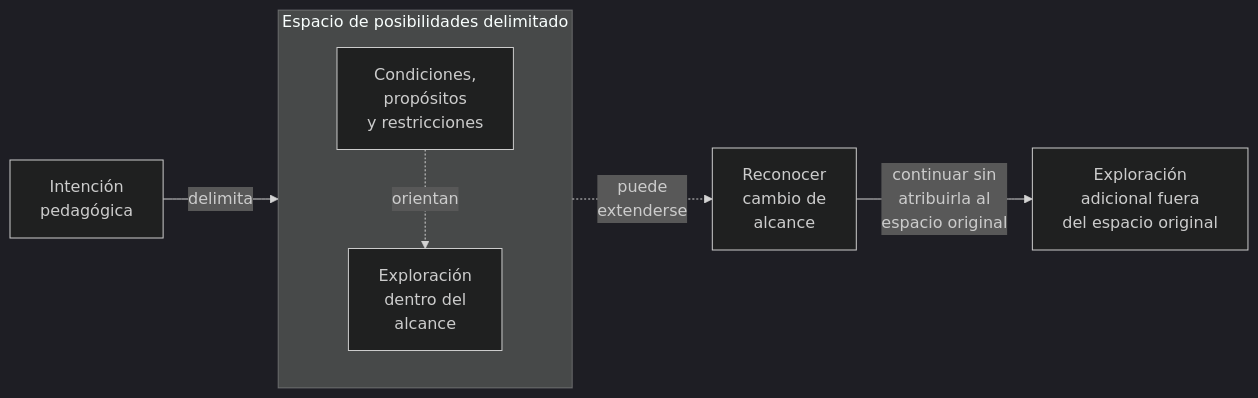
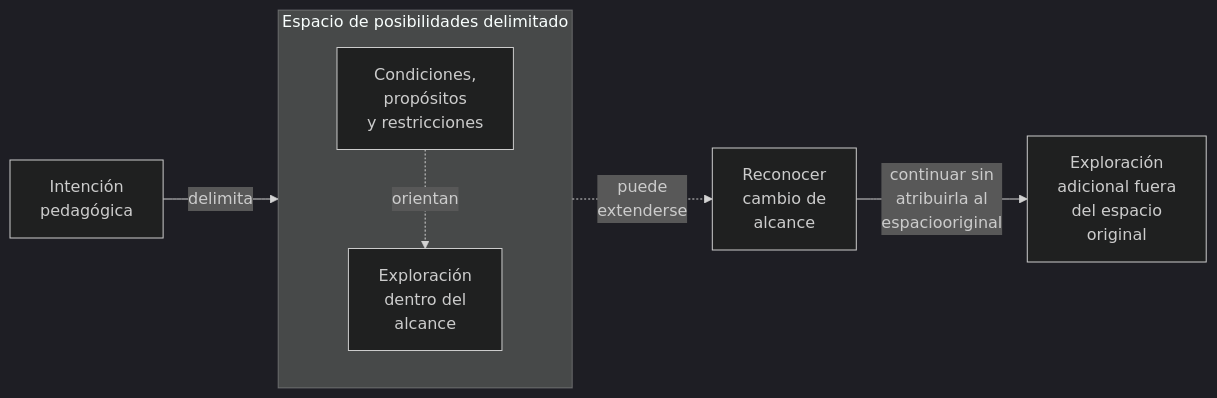
The diagram in mechanisms/possibility-spaces.md (the-alive-lab/tdidacta), drawn with Mermaid (dark theme) before and after one commit.

Commit message:
Fix formatting issues in possibility-spaces.md

````diff
--- a/mechanisms/possibility-spaces.md
+++ b/mechanisms/possibility-spaces.md
@@ -19,16 +19,16 @@
 ```mermaid
 flowchart LR
     I["Intención<br/>pedagógica"]
     subgraph S["Espacio de posibilidades delimitado"]
         direction TB
         D["Condiciones,<br/>propósitos<br/>y restricciones"]
         E["Exploración<br/>dentro del<br/>alcance"]
         D -.->|"orientan"| E
     end
     X["Reconocer<br/>cambio de<br/>alcance"]
-    F["Exploración<br/>adicional fuera<br/>del espacio original"]
+    F["Exploración<br/>adicional fuera<br/>del espacio<br/>original"]
 
     I -->|"delimita"| D
     E -.->|"puede<br/>extenderse"| X
-    X -->|"continuar sin<br/>atribuirla al<br/>espacio original"| F
+    X -->|"continuar sin<br/>atribuirla al<br/>espaciooriginal"| F
 ```
````
